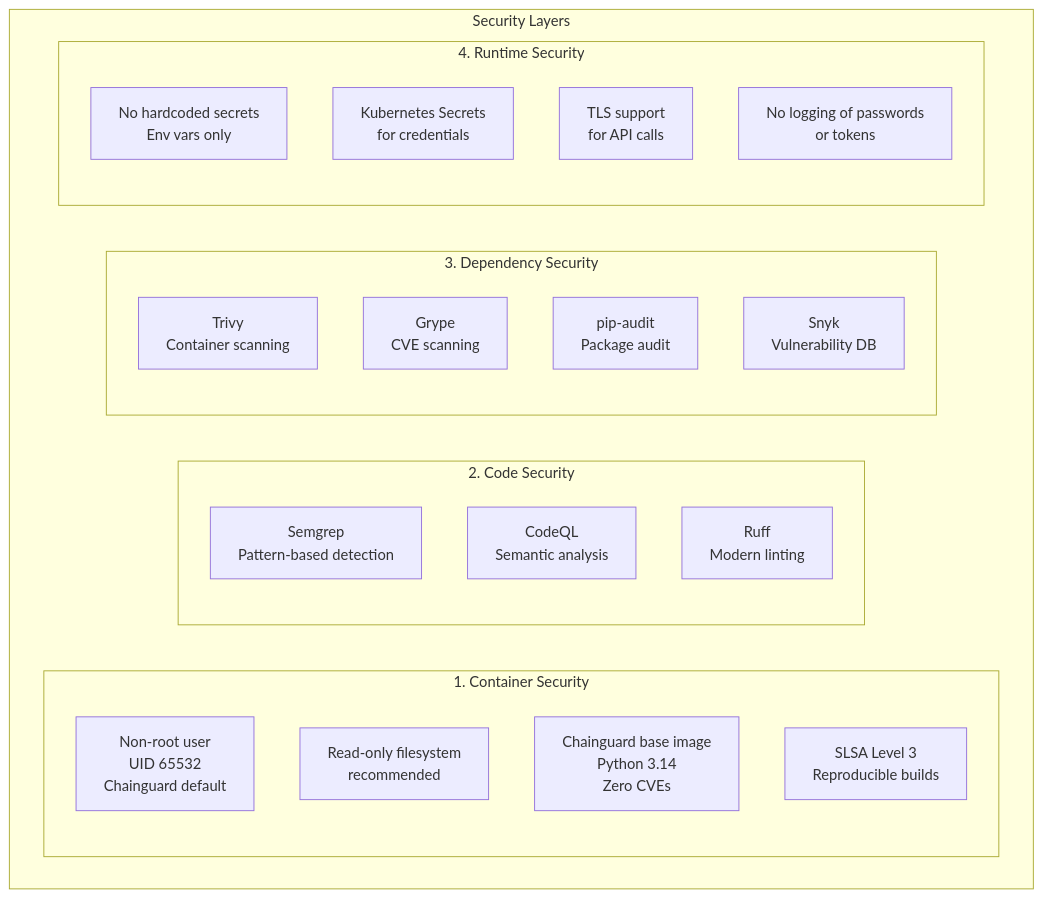
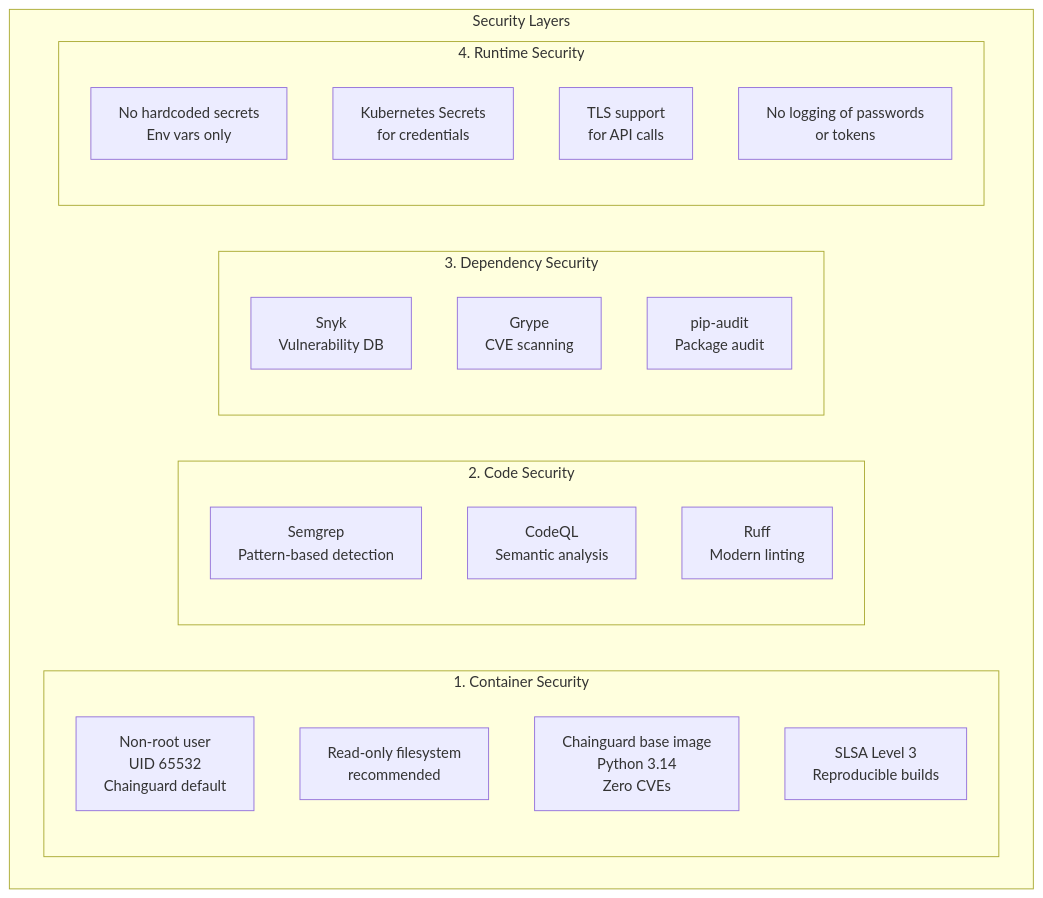
One commit to djr747/external-dns-technitium-webhook changed the tenth of 10 diagrams in docs/architecture/ARCHITECTURE.md. Above: the diagram before and after it, drawn with Mermaid. The commit also changed other lines of this file and 11 other files, not shown here.

````diff
--- a/docs/architecture/ARCHITECTURE.md
+++ b/docs/architecture/ARCHITECTURE.md
@@ -378,31 +378,31 @@
 ```mermaid
 graph TB
     subgraph SecurityLayers["Security Layers"]
         subgraph Container["1. Container Security"]
             NonRoot["Non-root user<br/>UID 65532<br/>Chainguard default"]
             ReadOnly["Read-only filesystem<br/>recommended"]
             Minimal["Chainguard base image<br/>Python 3.14<br/>Zero CVEs"]
             SLSA["SLSA Level 3<br/>Reproducible builds"]
         end
         
         subgraph CodeSec["2. Code Security"]
             Semgrep["Semgrep<br/>Pattern-based detection"]
             CodeQL["CodeQL<br/>Semantic analysis"]
             Ruff["Ruff<br/>Modern linting"]
         end
         
         subgraph DepSec["3. Dependency Security"]
-            Trivy["Trivy<br/>Container scanning"]
+            Snyk["Snyk<br/>Container scanning"]
             Grype["Grype<br/>CVE scanning"]
             PipAudit["pip-audit<br/>Package audit"]
             Snyk["Snyk<br/>Vulnerability DB"]
         end
         
         subgraph Runtime["4. Runtime Security"]
             Secrets["No hardcoded secrets<br/>Env vars only"]
             K8sSecrets["Kubernetes Secrets<br/>for credentials"]
             TLS["TLS support<br/>for API calls"]
             NoLog["No logging of passwords<br/>or tokens"]
         end
     end
 ```
````
